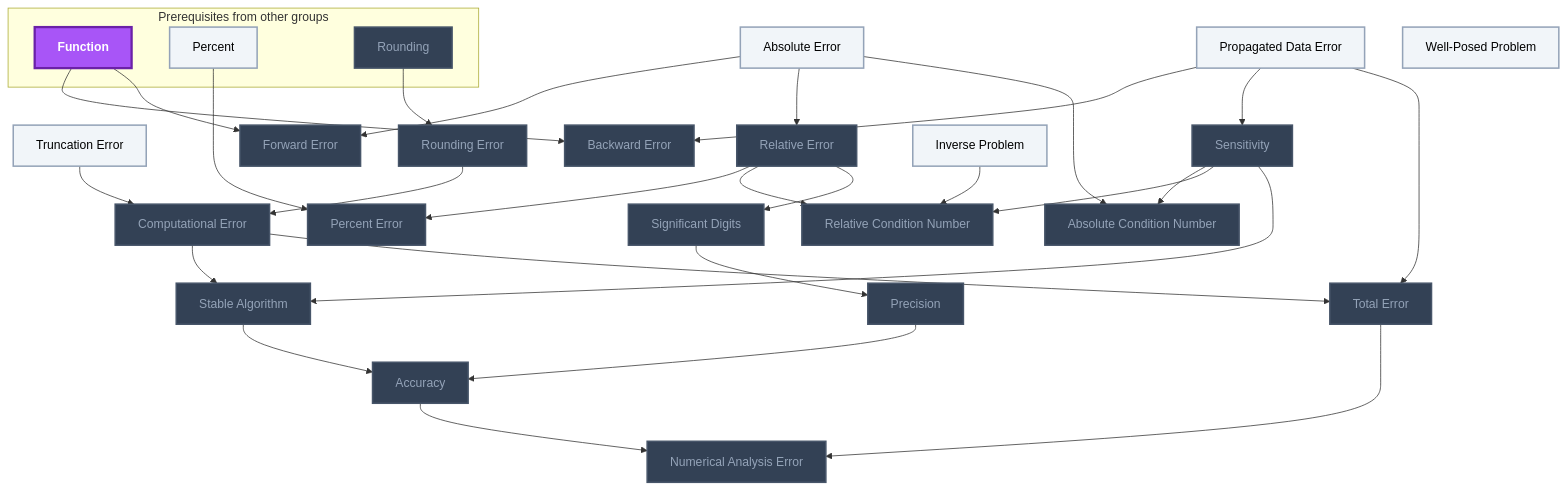
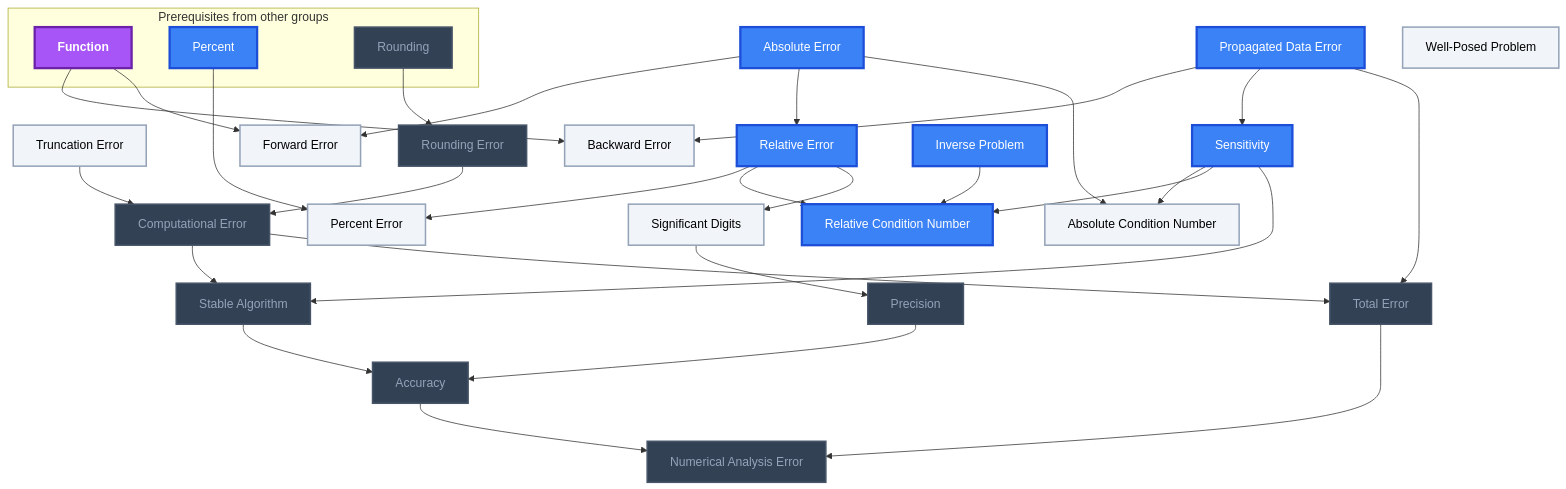
Before and after one commit to MRauf1/My-Notes: the first of 6 diagrams in Gamification/Skill Trees/Numerical Analysis.md, drawn with Mermaid. The commit also changed other lines of this file and 145 other files, not shown here.

````diff
--- a/Gamification/Skill Trees/Numerical Analysis.md
+++ b/Gamification/Skill Trees/Numerical Analysis.md
@@ -17,67 +17,68 @@
 ```mermaid
 flowchart TD
     classDef planned fill:#1E293B,stroke:#64748B,stroke-width:2px,stroke-dasharray:5 5,color:#94A3B8;
     classDef locked fill:#334155,stroke:#475569,stroke-width:2px,color:#94A3B8;
     classDef L0 fill:#F1F5F9,stroke:#94A3B8,stroke-width:2px,color:#000000;
     classDef L1 fill:#22C55E,stroke:#15803D,stroke-width:2px,color:#000000;
     classDef L2 fill:#3B82F6,stroke:#1D4ED8,stroke-width:3px,color:#FFFFFF;
     classDef L3 fill:#A855F7,stroke:#6B21A8,stroke-width:3px,color:#FFFFFF,font-weight:bold;
     classDef L4 fill:#F97316,stroke:#C2410C,stroke-width:4px,color:#000000,font-weight:bold;
     classDef L5 fill:#FFD700,stroke:#FF8C00,stroke-width:5px,color:#000000,font-weight:bold;
     classDef rusty stroke:#8B4513,stroke-width:4px,stroke-dasharray:3 3;
     subgraph sg_prereqs["Prerequisites from other groups"]
         n_function["Function"]
         n_percent["Percent"]
         n_rounding["Rounding"]
     end
     n_absolute_error["Absolute Error"]
     n_truncation_error["Truncation Error"]
     n_relative_error["Relative Error"]
     n_percent_error["Percent Error"]
     n_rounding_error["Rounding Error"]
     n_numerical_analysis_error["Numerical Analysis Error"]
     n_propagated_data_error["Propagated Data Error"]
     n_computational_error["Computational Error"]
     n_total_error["Total Error"]
     n_backward_error["Backward Error"]
     n_forward_error["Forward Error"]
     n_well_posed_problem["Well-Posed Problem"]
     n_relative_condition_number["Relative Condition Number"]
     n_absolute_condition_number["Absolute Condition Number"]
     n_significant_digits["Significant Digits"]
     n_precision["Precision"]
     n_sensitivity["Sensitivity"]
     n_inverse_problem["Inverse Problem"]
     n_stable_algorithm["Stable Algorithm"]
     n_accuracy["Accuracy"]
     n_function --> n_backward_error
     n_propagated_data_error --> n_backward_error
     n_absolute_error --> n_forward_error
     n_function --> n_forward_error
     n_absolute_error --> n_relative_error
     n_propagated_data_error --> n_sensitivity
     n_absolute_error --> n_absolute_condition_number
     n_sensitivity --> n_absolute_condition_number
     n_percent --> n_percent_error
     n_relative_error --> n_percent_error
     n_inverse_problem --> n_relative_condition_number
     n_relative_error --> n_relative_condition_number
     n_sensitivity --> n_relative_condition_number
     n_relative_error --> n_significant_digits
     n_significant_digits --> n_precision
     n_rounding --> n_rounding_error
     n_rounding_error --> n_computational_error
     n_truncation_error --> n_computational_error
     n_computational_error --> n_stable_algorithm
     n_sensitivity --> n_stable_algorithm
     n_computational_error --> n_total_error
     n_propagated_data_error --> n_total_error
     n_precision --> n_accuracy
     n_stable_algorithm --> n_accuracy
     n_accuracy --> n_numerical_analysis_error
     n_total_error --> n_numerical_analysis_error
-    class n_rounding,n_relative_error,n_percent_error,n_rounding_error,n_numerical_analysis_error,n_computational_error,n_total_error,n_backward_error,n_forward_error,n_relative_condition_number,n_absolute_condition_number,n_significant_digits,n_precision,n_sensitivity,n_stable_algorithm,n_accuracy locked;
-    class n_percent,n_absolute_error,n_truncation_error,n_propagated_data_error,n_well_posed_problem,n_inverse_problem L0;
+    class n_rounding,n_rounding_error,n_numerical_analysis_error,n_computational_error,n_total_error,n_precision,n_stable_algorithm,n_accuracy locked;
+    class n_truncation_error,n_percent_error,n_backward_error,n_forward_error,n_well_posed_problem,n_absolute_condition_number,n_significant_digits L0;
+    class n_percent,n_absolute_error,n_relative_error,n_propagated_data_error,n_relative_condition_number,n_sensitivity,n_inverse_problem L2;
     class n_function L3;
     class n_function,n_percent,n_rounding,n_absolute_error,n_truncation_error,n_relative_error,n_percent_error,n_rounding_error,n_numerical_analysis_error,n_propagated_data_error,n_computational_error,n_total_error,n_backward_error,n_forward_error,n_well_posed_problem,n_relative_condition_number,n_absolute_condition_number,n_significant_digits,n_precision,n_sensitivity,n_inverse_problem,n_stable_algorithm,n_accuracy internal-link;
 ```
````
